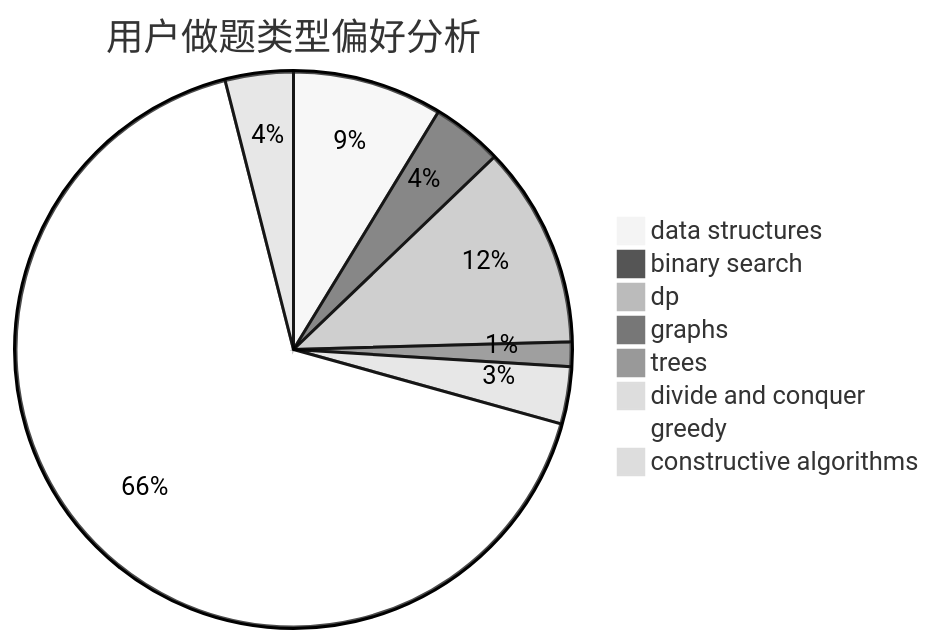
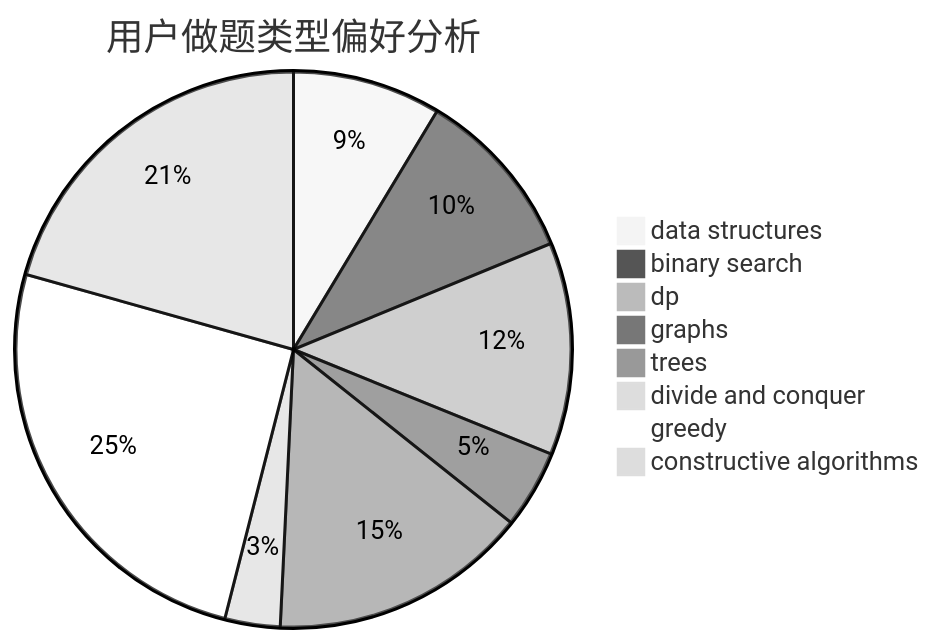
Before and after one commit to sherpahu/cfrs.github.io: the second of 3 diagrams in docs/user/u1879.md, drawn with Mermaid (neutral theme). The commit also changed other lines of this file and 2770 other files, not shown here.

````diff
--- a/docs/user/u1879.md
+++ b/docs/user/u1879.md
@@ -23,11 +23,11 @@
 ```mermaid
 pie title 用户做题类型偏好分析
-    "data structures" :  55
-    "binary search" :  26
-    "dp" :  74
-    "graphs" :  9
-    "trees" :  6
-    "divide and conquer" :  21
-    "greedy" :  421
-    "constructive algorithms" :  25
+    "data structures" :  51
+    "binary search" :  60
+    "dp" :  73
+    "graphs" :  27
+    "trees" :  89
+    "divide and conquer" :  19
+    "greedy" :  150
+    "constructive algorithms" :  122
 ```
````
